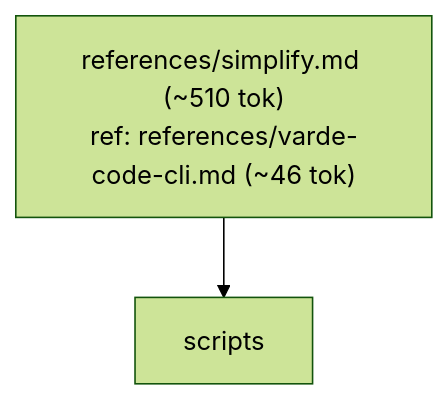
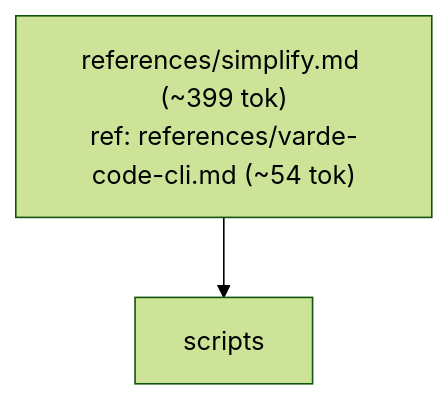
Before and after one commit to alecegg/varde: the fifth of 6 diagrams in skills/varde-review/FLOW.md, drawn with Mermaid (forest theme). The commit also changed other lines of this file and 1293 other files, not shown here.

````diff
--- a/skills/varde-review/FLOW.md
+++ b/skills/varde-review/FLOW.md
@@ -127,6 +71,6 @@
 ```mermaid
 flowchart TD
-  n0["references/simplify.md (~510 tok)<br/>ref: references/varde-code-cli.md (~46 tok)"]
+  n0["references/simplify.md (~399 tok)<br/>ref: references/varde-code-cli.md (~54 tok)"]
   n1["scripts"]
   n0 --> n1
 ```
````
